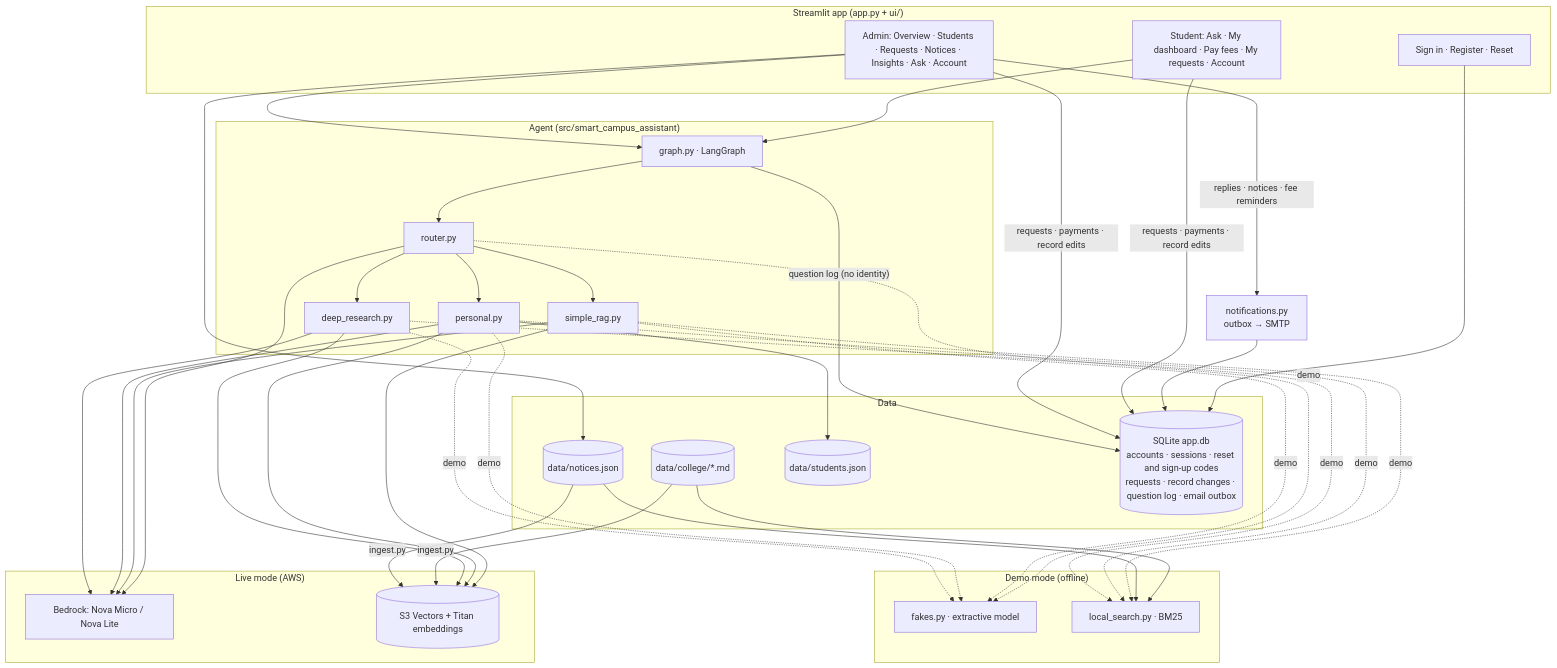
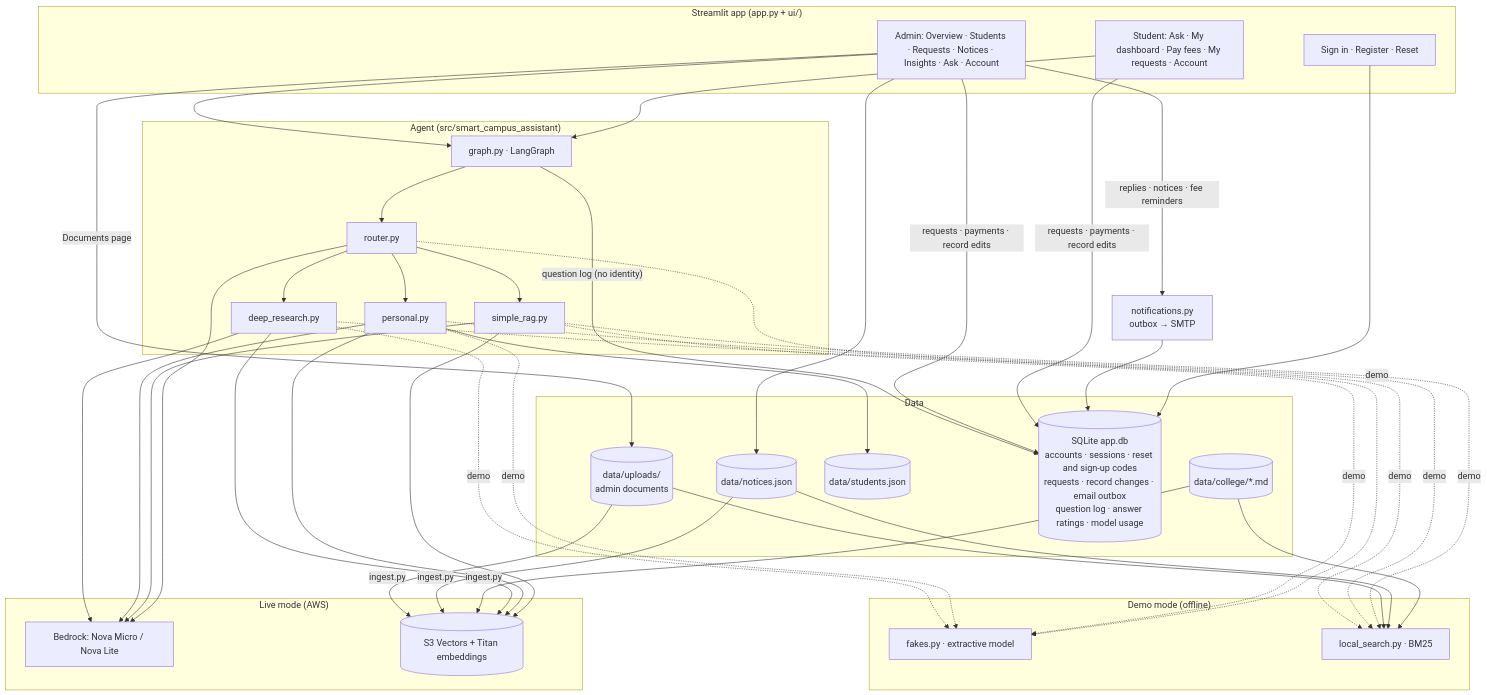
One commit to musaddiq-vd/smart-campus-assistant changed the first of 2 diagrams in README.md. Above: the diagram before and after it, drawn with Mermaid. The commit also changed other lines of this file and 62 other files, not shown here.

````diff
--- a/README.md
+++ b/README.md
@@ -110,49 +115,51 @@
 ```mermaid
 flowchart TB
     subgraph UI ["Streamlit app (app.py + ui/)"]
         LG["Sign in · Register · Reset"]
         ST["Student: Ask · My dashboard · Pay fees · My requests · Account"]
         AD["Admin: Overview · Students · Requests · Notices · Insights · Ask · Account"]
     end
 
     subgraph CORE ["Agent (src/smart_campus_assistant)"]
         G["graph.py · LangGraph"]
         R["router.py"]
         S["simple_rag.py"]
         P["personal.py"]
         D["deep_research.py"]
         G --> R --> S & P & D
     end
 
     subgraph DATA ["Data"]
         DOCS[("data/college/*.md")]
         NOT[("data/notices.json")]
         STU[("data/students.json")]
-        DB[("SQLite app.db<br/>accounts · sessions · reset and sign-up codes<br/>requests · record changes · question log · email outbox")]
+        DB[("SQLite app.db<br/>accounts · sessions · reset and sign-up codes<br/>requests · record changes · email outbox<br/>question log · answer ratings · model usage")]
+        UP[("data/uploads/<br/>admin documents")]
     end
 
     subgraph LIVE ["Live mode (AWS)"]
         BR["Bedrock: Nova Micro / Nova Lite"]
         VEC[("S3 Vectors + Titan embeddings")]
     end
 
     subgraph DEMO ["Demo mode (offline)"]
         FK["fakes.py · extractive model"]
         LS["local_search.py · BM25"]
     end
 
     LG --> DB
     AD -- "replies · notices · fee reminders" --> OUT["notifications.py<br/>outbox → SMTP"]
     OUT --> DB
     ST & AD --> G
     ST & AD -- "requests · payments · record edits" --> DB
     G -- "question log (no identity)" --> DB
     AD --> NOT
     P --> STU
     S & P & D --> VEC
     R & S & P & D --> BR
-    DOCS & NOT -- ingest.py --> VEC
-    DOCS & NOT --> LS
+    AD -- Documents page --> UP
+    DOCS & NOT & UP -- ingest.py --> VEC
+    DOCS & NOT & UP --> LS
     S & P & D -. demo .-> LS
     R & S & P & D -. demo .-> FK
 ```
````
